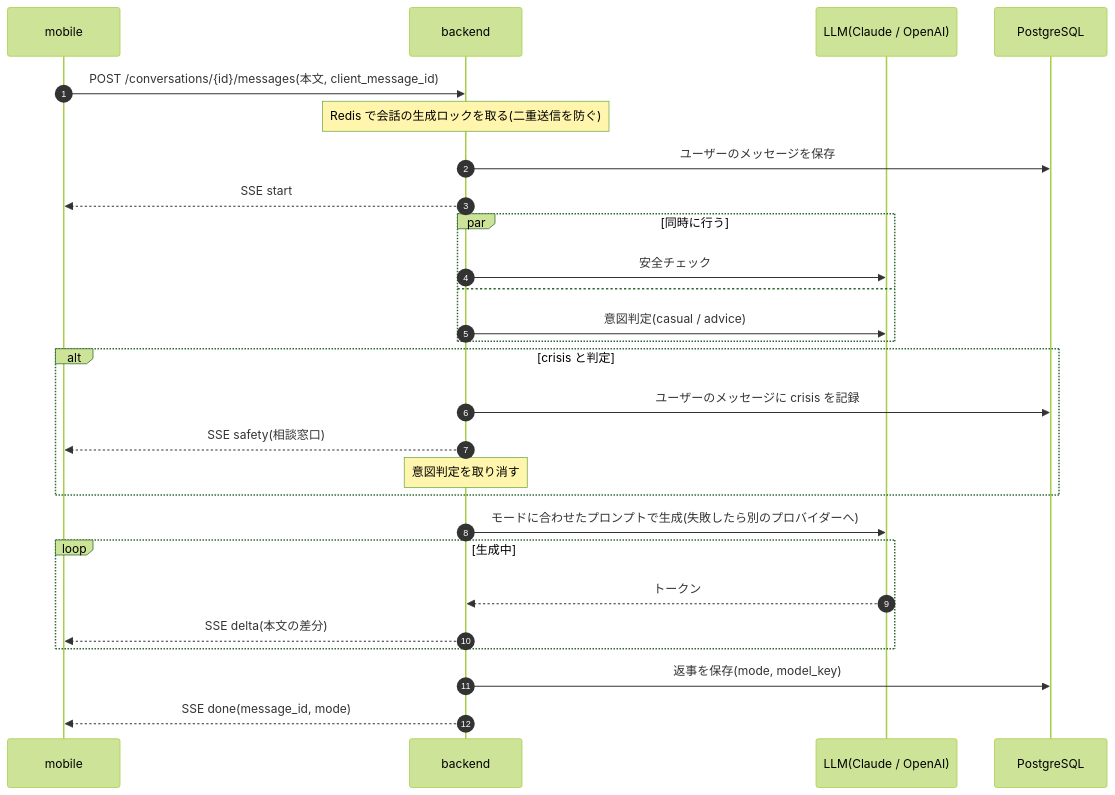
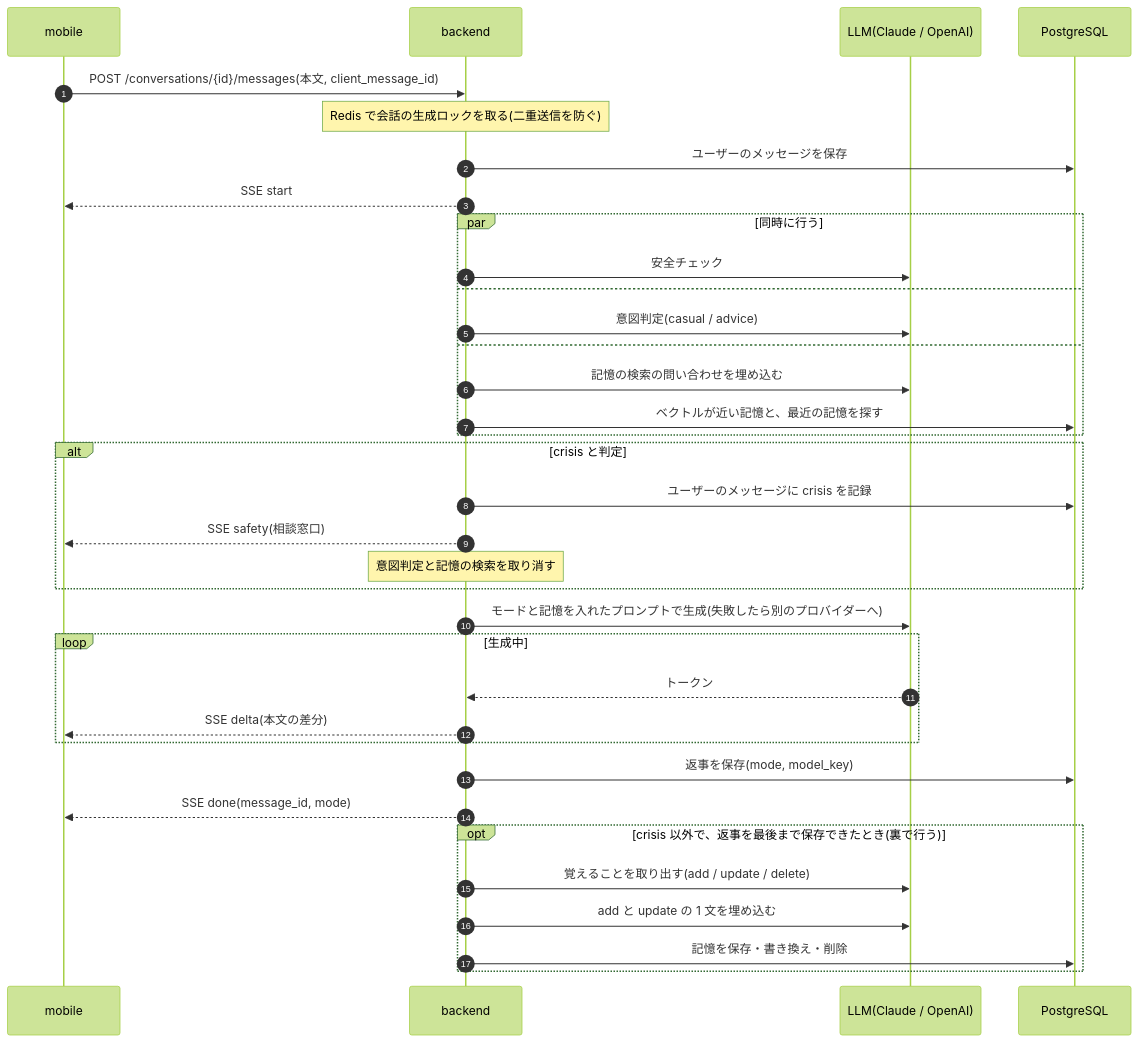
Before and after one commit to kuki1582/ai-lover-demo: the third of 4 diagrams in README.md, drawn with Mermaid (forest theme). The commit also changed other lines of this file, not shown here.

````diff
--- a/README.md
+++ b/README.md
@@ -117,33 +140,42 @@
 ```mermaid
 sequenceDiagram
     autonumber
     participant App as mobile
     participant API as backend
     participant LLM as LLM(Claude / OpenAI)
     participant DB as PostgreSQL
 
     App->>API: POST /conversations/{id}/messages(本文, client_message_id)
     Note over API: Redis で会話の生成ロックを取る(二重送信を防ぐ)
     API->>DB: ユーザーのメッセージを保存
     API-->>App: SSE start
 
     par 同時に行う
         API->>LLM: 安全チェック
     and
         API->>LLM: 意図判定(casual / advice)
+    and
+        API->>LLM: 記憶の検索の問い合わせを埋め込む
+        API->>DB: ベクトルが近い記憶と、最近の記憶を探す
     end
 
     alt crisis と判定
         API->>DB: ユーザーのメッセージに crisis を記録
         API-->>App: SSE safety(相談窓口)
-        Note over API: 意図判定を取り消す
+        Note over API: 意図判定と記憶の検索を取り消す
     end
 
-    API->>LLM: モードに合わせたプロンプトで生成(失敗したら別のプロバイダーへ)
+    API->>LLM: モードと記憶を入れたプロンプトで生成(失敗したら別のプロバイダーへ)
     loop 生成中
         LLM-->>API: トークン
         API-->>App: SSE delta(本文の差分)
     end
     API->>DB: 返事を保存(mode, model_key)
     API-->>App: SSE done(message_id, mode)
+
+    opt crisis 以外で、返事を最後まで保存できたとき(裏で行う)
+        API->>LLM: 覚えることを取り出す(add / update / delete)
+        API->>LLM: add と update の 1 文を埋め込む
+        API->>DB: 記憶を保存・書き換え・削除
+    end
 ```
````
